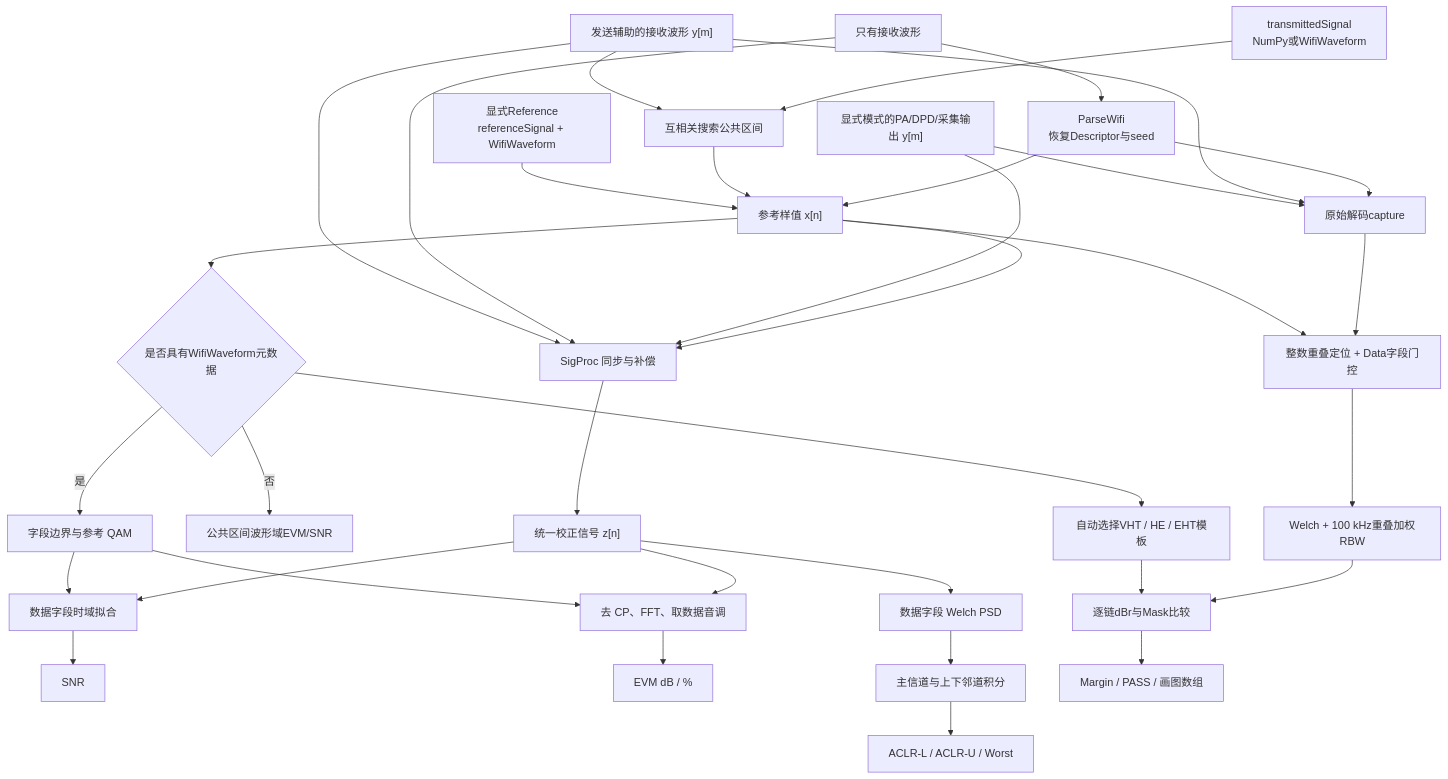
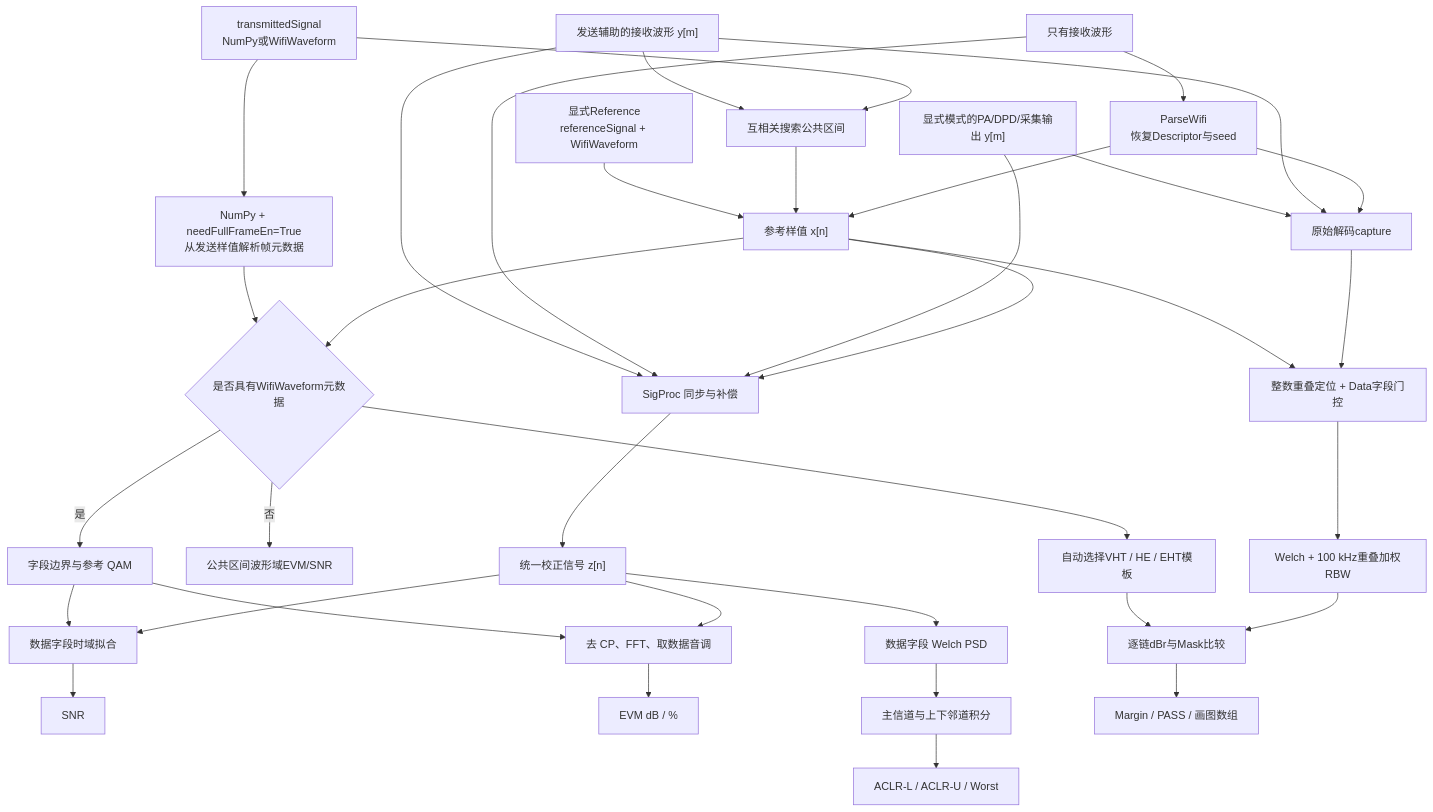
Before and after one commit to niyilu45/DPD_ILC: the first of 9 diagrams in doc/Analysis.md, drawn with Mermaid. The commit also changed other lines of this file and 5 other files, not shown here.

Commit message:
Support full-frame analysis with raw NumPy samples

````diff
--- a/doc/Analysis.md
+++ b/doc/Analysis.md
@@ -19,36 +19,38 @@
 ```mermaid
 flowchart TB
     explicit["显式Reference<br/>referenceSignal + WifiWaveform"] --> A["参考样值 x[n]"]
     assistedReceive["发送辅助的接收波形 y[m]"] --> overlap["互相关搜索公共区间"]
     assistedTransmit["transmittedSignal<br/>NumPy或WifiWaveform"] --> overlap
+    assistedTransmit --> txMetadata["NumPy + needFullFrameEn=True<br/>从发送样值解析帧元数据"]
+    txMetadata --> metadata
     overlap --> A
     blind["只有接收波形"] --> parser["ParseWifi<br/>恢复Descriptor与seed"]
     parser --> A
     A --> metadata{"是否具有WifiWaveform元数据"}
     metadata -->|是| B["字段边界与参考 QAM"]
     metadata -->|否| waveformMetric["公共区间波形域EVM/SNR"]
     assistedReceive --> D["SigProc 同步与补偿"]
     blind --> D
     C["显式模式的PA/DPD/采集输出 y[m]"] --> D
     A --> D
     D --> corrected["统一校正信号 z[n]"]
     B --> E["数据字段时域拟合"]
     corrected --> E
     E --> F["SNR"]
     B --> G["去 CP、FFT、取数据音调"]
     corrected --> G
     G --> I["EVM dB / %"]
     corrected --> J["数据字段 Welch PSD"]
     J --> K["主信道与上下邻道积分"]
     K --> L["ACLR-L / ACLR-U / Worst"]
     C --> maskCapture["原始解码capture"]
     assistedReceive --> maskCapture
     parser --> maskCapture
     A --> maskGate["整数重叠定位 + Data字段门控"]
     maskCapture --> maskGate
     maskGate --> maskRbw["Welch + 100 kHz重叠加权RBW"]
     metadata --> maskTemplate["自动选择VHT / HE / EHT模板"]
     maskTemplate --> maskCompare["逐链dBr与Mask比较"]
     maskRbw --> maskCompare
     maskCompare --> maskResult["Margin / PASS / 画图数组"]
 ```
````
